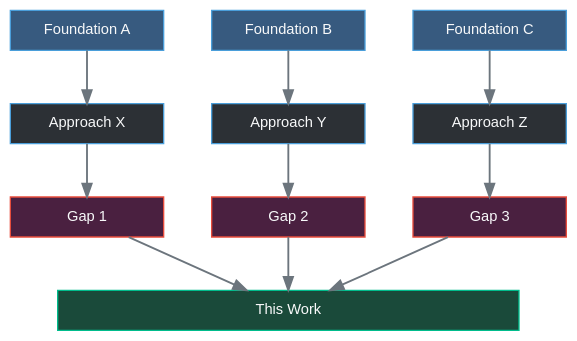
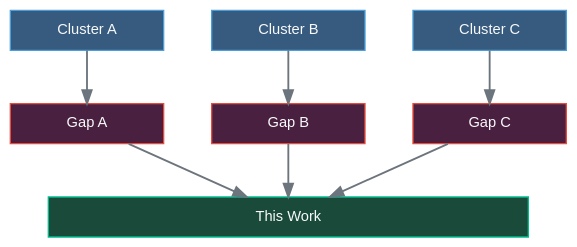
One commit to HongyuCao3/Pytorch-lightining-Hydra-Optuna-MLflow-Slurm-Project-Tempate-for-Scientific-Research changed the first of 5 diagrams in docs/literature_review.qmd. Above: the diagram before and after it, drawn with Graphviz. The commit also changed other lines of this file and 1 other file, not shown here.

First line of the commit message:
Docs: introduce What/Why/How structure in literature review

````diff
--- a/docs/literature_review.qmd
+++ b/docs/literature_review.qmd
@@ -12,42 +11,35 @@
 ```{dot}
 //| label: fig-landscape
-//| fig-cap: "Literature landscape: foundations → approaches → this work"
+//| fig-cap: "Literature landscape: foundations → clusters → this work"
 //| fig-width: 7
 //| fig-height: 3.5
 digraph G {
   bgcolor="transparent"
   rankdir=TB
   graph [ranksep=0.55, nodesep=0.5]
   node [style=filled, fillcolor="#2c3035", color="#4a9eda",
         fontcolor="#f8f9fa", fontname="Arial", fontsize=11,
         shape=box, width=1.6, height=0.42, margin="0.15,0.08"]
   edge [color="#6c757d", penwidth=1.4]
 
   subgraph row1 {
     rank=same
-    F1 [label="Foundation A", fillcolor="#375a7f"]
-    F2 [label="Foundation B", fillcolor="#375a7f"]
-    F3 [label="Foundation C", fillcolor="#375a7f"]
+    F1 [label="Cluster A", fillcolor="#375a7f"]
+    F2 [label="Cluster B", fillcolor="#375a7f"]
+    F3 [label="Cluster C", fillcolor="#375a7f"]
   }
   subgraph row2 {
     rank=same
-    A1 [label="Approach X"]
-    A2 [label="Approach Y"]
-    A3 [label="Approach Z"]
+    G1 [label="Gap A", fillcolor="#4a2040", color="#e74c3c"]
+    G2 [label="Gap B", fillcolor="#4a2040", color="#e74c3c"]
+    G3 [label="Gap C", fillcolor="#4a2040", color="#e74c3c"]
   }
   subgraph row3 {
     rank=same
-    G1 [label="Gap 1", fillcolor="#4a2040", color="#e74c3c"]
-    G2 [label="Gap 2", fillcolor="#4a2040", color="#e74c3c"]
-    G3 [label="Gap 3", fillcolor="#4a2040", color="#e74c3c"]
-  }
-  subgraph row4 {
-    rank=same
-    Us [label="This Work", fillcolor="#1a4a3a", color="#00bc8c", width=4.8]
+    Us [label="This Work", fillcolor="#1a4a3a", color="#00bc8c", width=5.0]
   }
 
-  F1 -> A1  F2 -> A2  F3 -> A3
-  A1 -> G1  A2 -> G2  A3 -> G3
+  F1 -> G1  F2 -> G2  F3 -> G3
   G1 -> Us  G2 -> Us  G3 -> Us
 }
 ```
````
